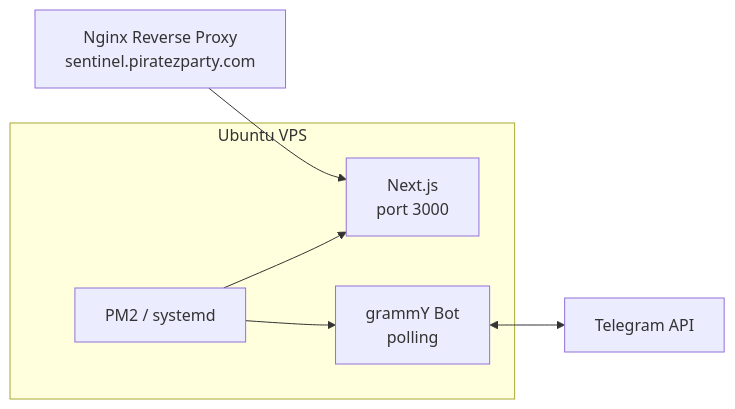
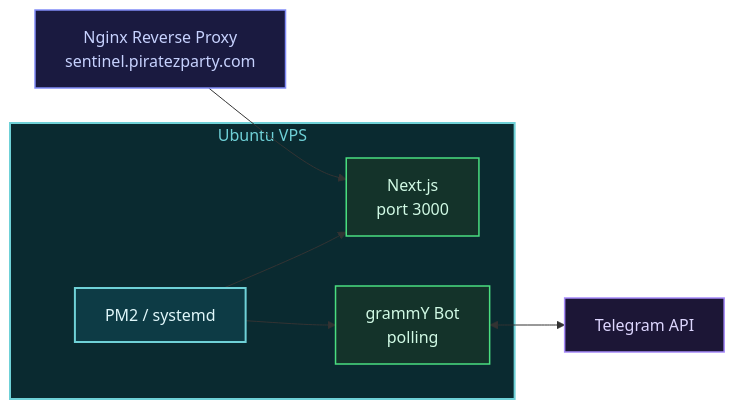
The fourth of 4 diagrams in README.md (zxcvresque/Pzp-Sentinel), drawn with Mermaid before and after one commit. The commit also changed other lines of this file, not shown here.

First line of the commit message:
docs: add color styling to all Mermaid diagrams in README

````diff
--- a/README.md
+++ b/README.md
@@ -320,11 +357,23 @@
 ```mermaid
 graph LR
-  subgraph Ubuntu VPS
+  subgraph VPS[" Ubuntu VPS "]
     PM2[PM2 / systemd]
     PM2 --> NextProc[Next.js<br/>port 3000]
     PM2 --> BotProc[grammY Bot<br/>polling]
   end
 
   Nginx[Nginx Reverse Proxy<br/>sentinel.piratezparty.com] --> NextProc
   BotProc <--> TG[Telegram API]
+
+  classDef core fill:#0d3b45,stroke:#6FD1D7,color:#e0f7fa,stroke-width:2px
+  classDef proxy fill:#1a1a40,stroke:#818cf8,color:#c7d2fe,stroke-width:1.5px
+  classDef process fill:#14332a,stroke:#4ade80,color:#d1fae5,stroke-width:1.5px
+  classDef telegram fill:#1c1636,stroke:#a78bfa,color:#ddd6fe,stroke-width:1.5px
+
+  class PM2 core
+  class NextProc,BotProc process
+  class Nginx proxy
+  class TG telegram
+
+  style VPS fill:#0a2a30,stroke:#6FD1D7,stroke-width:2px,color:#6FD1D7
 ```
````
